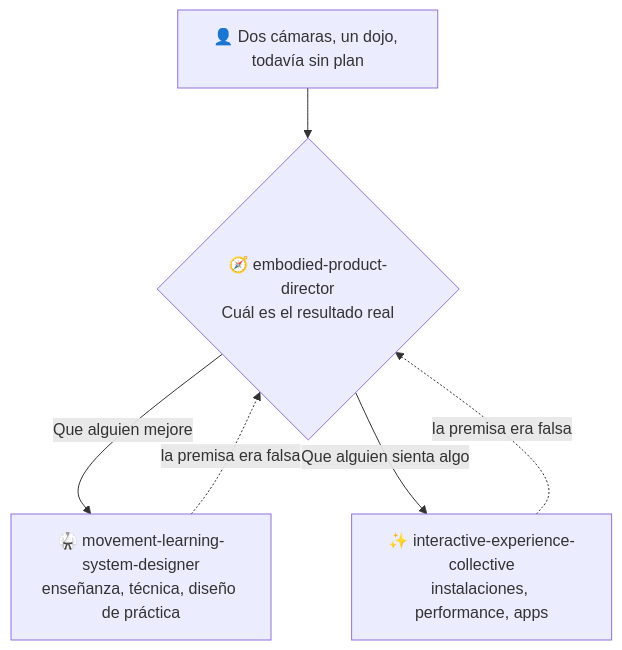
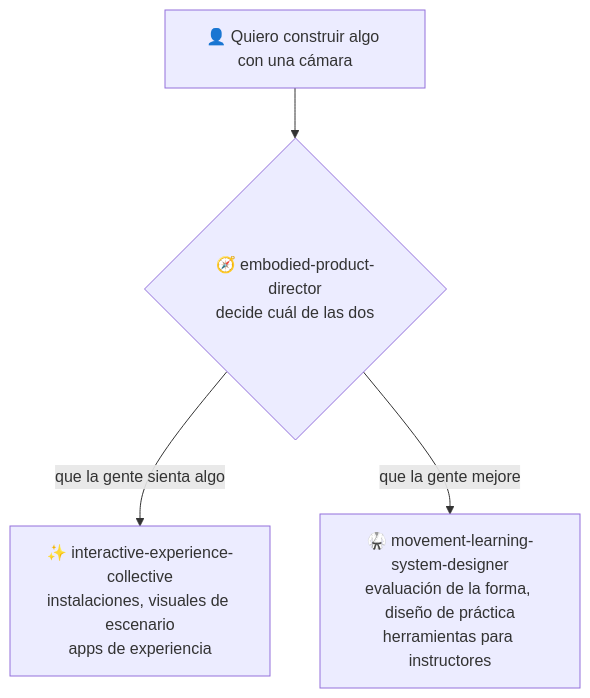
One commit to takaoumehara/interactive-experience-skills changed the diagram in README.es.md. Above: the diagram before and after it, drawn with Mermaid. The commit also changed other lines of this file and 19 other files, not shown here.

````diff
--- a/README.es.md
+++ b/README.es.md
@@ -25,8 +41,6 @@
 ```mermaid
 flowchart TD
-    U["👤 Dos cámaras, un dojo, todavía sin plan"] --> D{"🧭 embodied-product-director<br/>Cuál es el resultado real"}
-    D -->|"Que alguien mejore"| L["🥋 movement-learning-system-designer<br/>enseñanza, técnica, diseño de práctica"]
-    D -->|"Que alguien sienta algo"| E["✨ interactive-experience-collective<br/>instalaciones, performance, apps"]
-    L -.->|"la premisa era falsa"| D
-    E -.->|"la premisa era falsa"| D
+    Q["👤 Quiero construir algo con una cámara"] --> D{"🧭 embodied-product-director<br/>decide cuál de las dos"}
+    D -->|"que la gente sienta algo"| E["✨ interactive-experience-collective<br/>instalaciones, visuales de escenario<br/>apps de experiencia"]
+    D -->|"que la gente mejore"| L["🥋 movement-learning-system-designer<br/>evaluación de la forma, diseño de práctica<br/>herramientas para instructores"]
 ```
````
